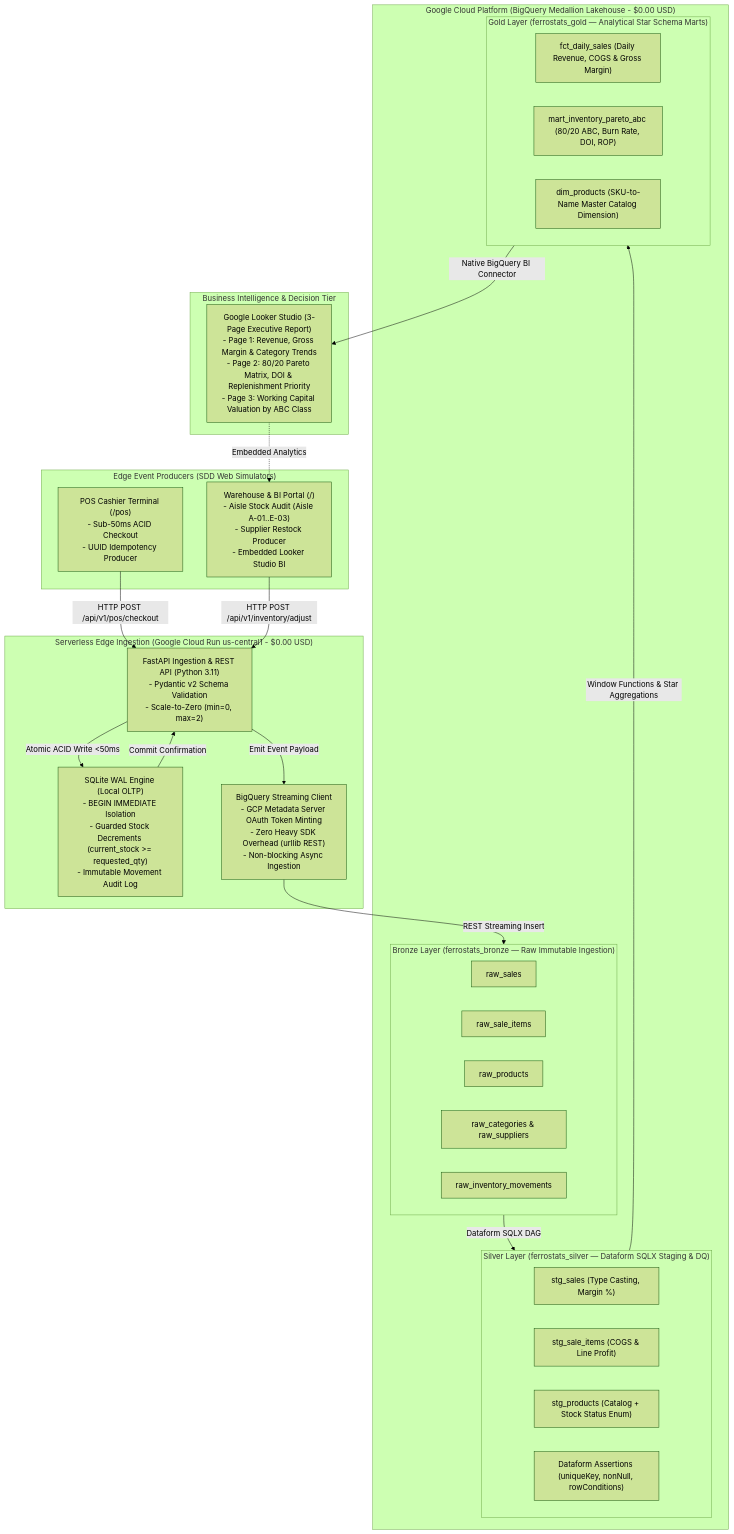
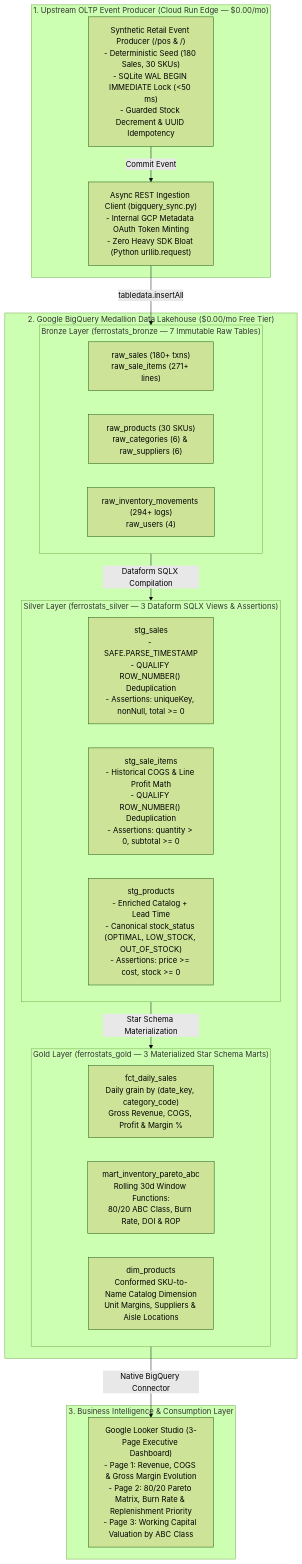
Before and after one commit to bapatata688/Ferrostats: the diagram in README.md, drawn with Mermaid (forest theme). The commit also changed other lines of this file and 2 other files, not shown here.

Commit message:
docs(readme): reframe showcase and structure 100% around Data Engineering & Medallion Lakehouse

````diff
--- a/README.md
+++ b/README.md
@@ -94,52 +47,37 @@
 ```mermaid
 flowchart TD
-    subgraph CLIENT["Edge Event Producers (SDD Web Simulators)"]
-        UI_POS["POS Cashier Terminal (/pos)\n- Sub-50ms ACID Checkout\n- UUID Idempotency Producer"]
-        UI_MGR["Warehouse & BI Portal (/)\n- Aisle Stock Audit (Aisle A-01..E-03)\n- Supplier Restock Producer\n- Embedded Looker Studio BI"]
+    subgraph SOURCE["1. Upstream OLTP Event Producer (Cloud Run Edge — $0.00/mo)"]
+        SIM["Synthetic Retail Event Producer (/pos & /)\n- Deterministic Seed (180 Sales, 30 SKUs)\n- SQLite WAL BEGIN IMMEDIATE Lock (<50 ms)\n- Guarded Stock Decrement & UUID Idempotency"]
+        STREAM["Async REST Ingestion Client (bigquery_sync.py)\n- Internal GCP Metadata OAuth Token Minting\n- Zero Heavy SDK Bloat (Python urllib.request)"]
     end
 
-    subgraph CLOUD_RUN["Serverless Edge Ingestion (Google Cloud Run us-central1 - $0.00 USD)"]
-        FASTAPI["FastAPI Ingestion & REST API (Python 3.11)\n- Pydantic v2 Schema Validation\n- Scale-to-Zero (min=0, max=2)"]
-        SQLITE["SQLite WAL Engine (Local OLTP)\n- BEGIN IMMEDIATE Isolation\n- Guarded Stock Decrements (current_stock >= requested_qty)\n- Immutable Movement Audit Log"]
-        SYNC_ENGINE["BigQuery Streaming Client\n- GCP Metadata Server OAuth Token Minting\n- Zero Heavy SDK Overhead (urllib REST)\n- Non-blocking Async Ingestion"]
-    end
-
-    subgraph GCP_DATA_PLATFORM["Google Cloud Platform (BigQuery Medallion Lakehouse - $0.00 USD)"]
-        subgraph BRONZE["Bronze Layer (ferrostats_bronze — Raw Immutable Ingestion)"]
-            BQ_RAW_SALES["raw_sales"]
-            BQ_RAW_ITEMS["raw_sale_items"]
-            BQ_RAW_PROD["raw_products"]
-            BQ_RAW_CAT["raw_categories & raw_suppliers"]
-            BQ_RAW_MOV["raw_inventory_movements"]
+    subgraph LAKEHOUSE["2. Google BigQuery Medallion Data Lakehouse ($0.00/mo Free Tier)"]
+        subgraph BRONZE["Bronze Layer (ferrostats_bronze — 7 Immutable Raw Tables)"]
+            B1["raw_sales (180+ txns)\nraw_sale_items (271+ lines)"]
+            B2["raw_products (30 SKUs)\nraw_categories (6) & raw_suppliers (6)"]
+            B3["raw_inventory_movements (294+ logs)\nraw_users (4)"]
         end
 
-        subgraph SILVER["Silver Layer (ferrostats_silver — Dataform SQLX Staging & DQ)"]
-            DF_STG_SALES["stg_sales (Type Casting, Margin %)"]
-            DF_STG_ITEMS["stg_sale_items (COGS & Line Profit)"]
-            DF_STG_PROD["stg_products (Catalog + Stock Status Enum)"]
-            DF_ASSERT["Dataform Assertions (uniqueKey, nonNull, rowConditions)"]
+        subgraph SILVER["Silver Layer (ferrostats_silver — 3 Dataform SQLX Views & Assertions)"]
+            S1["stg_sales\n- SAFE.PARSE_TIMESTAMP\n- QUALIFY ROW_NUMBER() Deduplication\n- Assertions: uniqueKey, nonNull, total >= 0"]
+            S2["stg_sale_items\n- Historical COGS & Line Profit Math\n- QUALIFY ROW_NUMBER() Deduplication\n- Assertions: quantity > 0, subtotal >= 0"]
+            S3["stg_products\n- Enriched Catalog + Lead Time\n- Canonical stock_status (OPTIMAL, LOW_STOCK, OUT_OF_STOCK)\n- Assertions: price >= cost, stock >= 0"]
         end
 
-        subgraph GOLD["Gold Layer (ferrostats_gold — Analytical Star Schema Marts)"]
-            DM_SALES["fct_daily_sales (Daily Revenue, COGS & Gross Margin)"]
-            DM_PARETO["mart_inventory_pareto_abc (80/20 ABC, Burn Rate, DOI, ROP)"]
-            DM_PROD["dim_products (SKU-to-Name Master Catalog Dimension)"]
+        subgraph GOLD["Gold Layer (ferrostats_gold — 3 Materialized Star Schema Marts)"]
+            G1["fct_daily_sales\nDaily grain by (date_key, category_code)\nGross Revenue, COGS, Profit & Margin %"]
+            G2["mart_inventory_pareto_abc\nRolling 30d Window Functions:\n80/20 ABC Class, Burn Rate, DOI & ROP"]
+            G3["dim_products\nConformed SKU-to-Name Catalog Dimension\nUnit Margins, Suppliers & Aisle Locations"]
         end
     end
 
-    subgraph BI_VIZ["Business Intelligence & Decision Tier"]
-        LOOKER["Google Looker Studio (3-Page Executive Report)\n- Page 1: Revenue, Gross Margin & Category Trends\n- Page 2: 80/20 Pareto Matrix, DOI & Replenishment Priority\n- Page 3: Working Capital Valuation by ABC Class"]
+    subgraph BI["3. Business Intelligence & Consumption Layer"]
+        LOOKER["Google Looker Studio (3-Page Executive Dashboard)\n- Page 1: Revenue, COGS & Gross Margin Evolution\n- Page 2: 80/20 Pareto Matrix, Burn Rate & Replenishment Priority\n- Page 3: Working Capital Valuation by ABC Class"]
     end
 
-    UI_POS -->|HTTP POST /api/v1/pos/checkout| FASTAPI
-    UI_MGR -->|HTTP POST /api/v1/inventory/adjust| FASTAPI
-    FASTAPI -->|Atomic ACID Write <50ms| SQLITE
-    SQLITE -->|Commit Confirmation| FASTAPI
-    FASTAPI -->|Emit Event Payload| SYNC_ENGINE
-    SYNC_ENGINE -->|REST Streaming Insert| BRONZE
-
-    BRONZE -->|Dataform SQLX DAG| SILVER
-    SILVER -->|Window Functions & Star Aggregations| GOLD
-    GOLD -->|Native BigQuery BI Connector| LOOKER
-    LOOKER -.->|Embedded Analytics| UI_MGR
+    SIM -->|Commit Event| STREAM
+    STREAM -->|tabledata.insertAll| BRONZE
+    BRONZE -->|Dataform SQLX Compilation| SILVER
+    SILVER -->|Star Schema Materialization| GOLD
+    GOLD -->|Native BigQuery Connector| LOOKER
 ```
````
